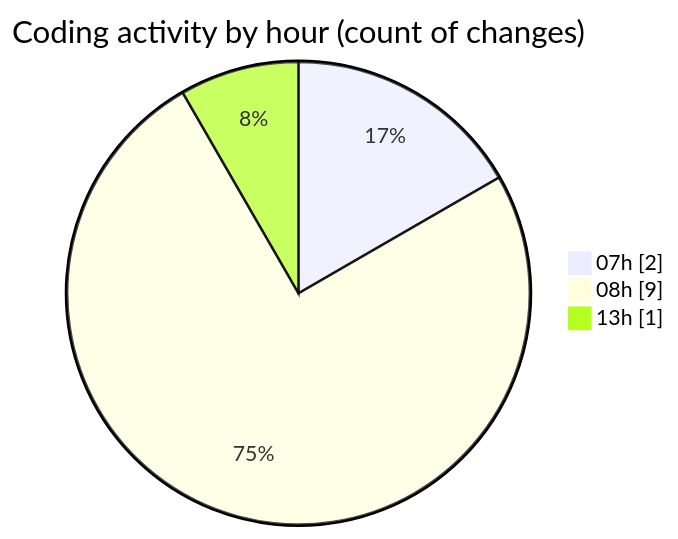
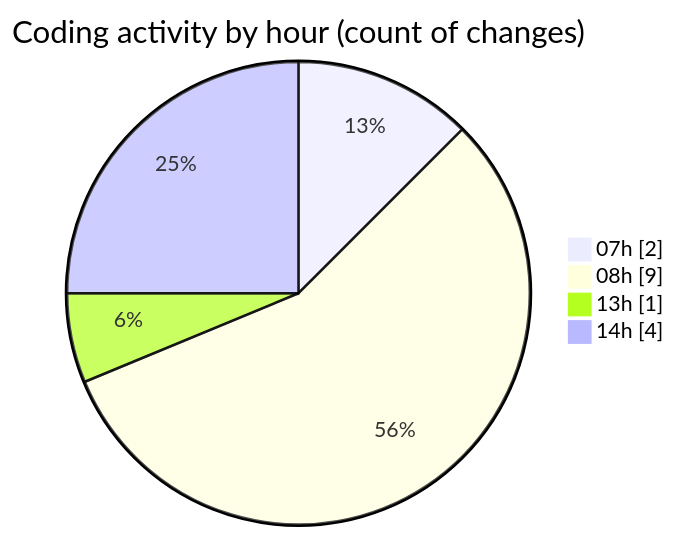
The second of 2 diagrams in 2025-05-14/niten/README.md (Elitesun/code-tracking), drawn with Mermaid before and after one commit. The commit also changed other lines of this file and 1 other file, not shown here.

````diff
--- a/2025-05-14/niten/README.md
+++ b/2025-05-14/niten/README.md
@@ -33,7 +38,8 @@
 ```mermaid
 pie showData
 title Coding activity by hour (count of changes)
 "07h" : 2
 "08h" : 9
 "13h" : 1
+"14h" : 4
 ```
````
